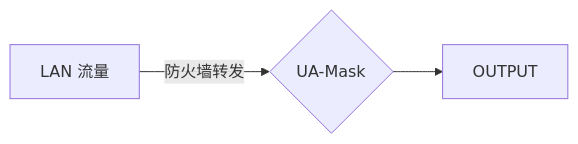
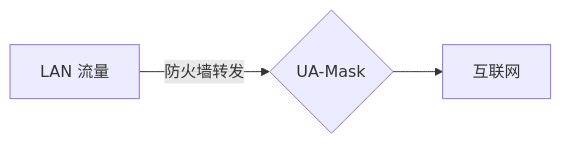
The diagram in README.md (Zesuy/UA-Mask), drawn with Mermaid before and after one commit. The commit also changed other lines of this file and 2 other files, not shown here.

`````diff
--- a/README.md
+++ b/README.md
@@ -42,5 +53,5 @@
 ```mermaid
 graph LR
-    A[LAN 流量] --"防火墙转发"--> B{UAmask}
-    B{UA-Mask} --> C[OUTPUT]
-````
+    A[LAN 流量] --"防火墙转发"--> B{UA-Mask}
+    B --> C[互联网]
+```
`````
